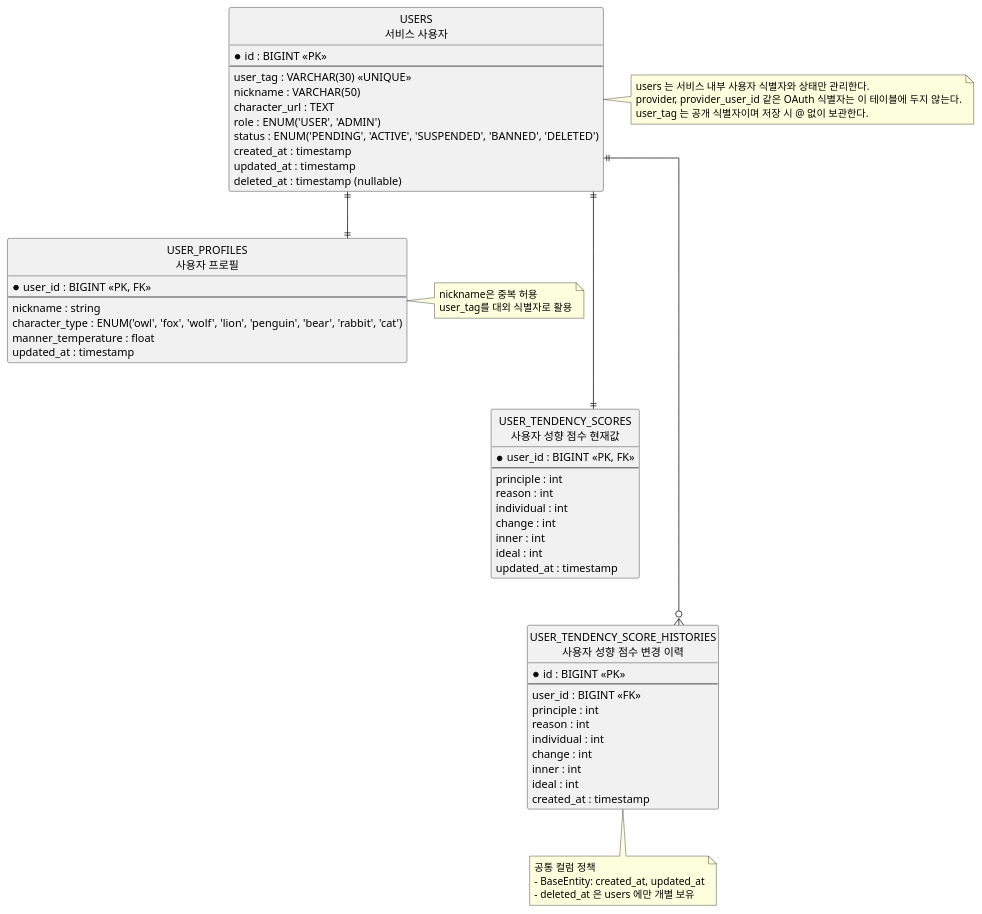
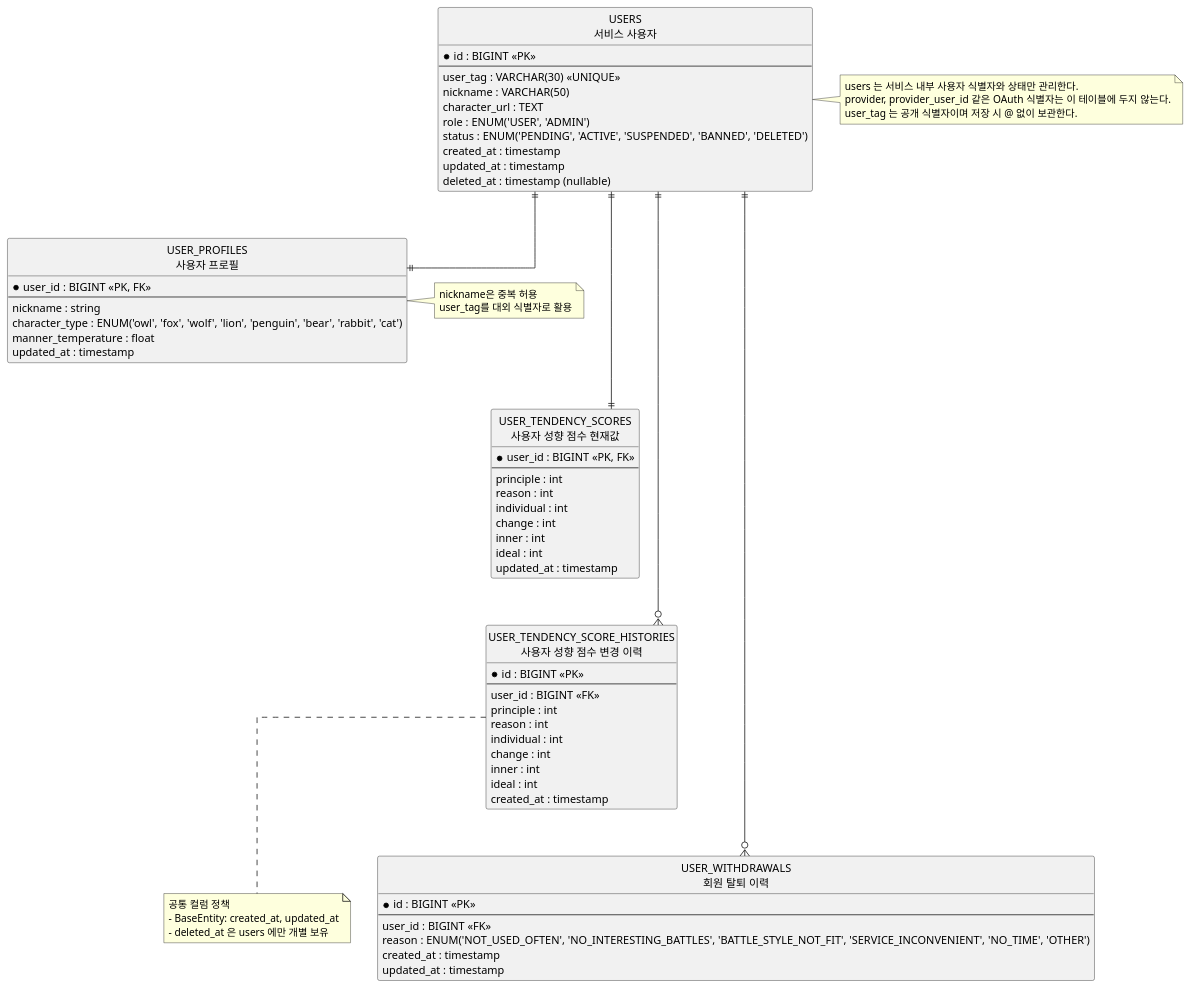
Before and after one commit to SWYP-Find/Server: the diagram in docs/erd/user.puml, drawn with PlantUML. The commit also changed 8 other files, not shown here.

```diff
--- a/docs/erd/user.puml
+++ b/docs/erd/user.puml
@@ -1,78 +1,89 @@
 @startuml
 hide circle
 hide methods
 skinparam linetype ortho
 
 entity "USERS\n서비스 사용자" as users {
   * id : BIGINT <<PK>>
   --
   user_tag : VARCHAR(30) <<UNIQUE>>
   nickname : VARCHAR(50)
   character_url : TEXT
   role : ENUM('USER', 'ADMIN')
   status : ENUM('PENDING', 'ACTIVE', 'SUSPENDED', 'BANNED', 'DELETED')
   created_at : timestamp
   updated_at : timestamp
   deleted_at : timestamp (nullable)
 }
 
 entity "USER_PROFILES\n사용자 프로필" as user_profiles {
   * user_id : BIGINT <<PK, FK>>
   --
   nickname : string
   character_type : ENUM('owl', 'fox', 'wolf', 'lion', 'penguin', 'bear', 'rabbit', 'cat')
   manner_temperature : float
   updated_at : timestamp
 }
 
 entity "USER_TENDENCY_SCORES\n사용자 성향 점수 현재값" as user_tendency_scores {
   * user_id : BIGINT <<PK, FK>>
   --
   principle : int
   reason : int
   individual : int
   change : int
   inner : int
   ideal : int
   updated_at : timestamp
 }
 
 entity "USER_TENDENCY_SCORE_HISTORIES\n사용자 성향 점수 변경 이력" as user_tendency_score_histories {
   * id : BIGINT <<PK>>
   --
   user_id : BIGINT <<FK>>
   principle : int
   reason : int
   individual : int
   change : int
   inner : int
   ideal : int
   created_at : timestamp
 }
 
+entity "USER_WITHDRAWALS\n회원 탈퇴 이력" as user_withdrawals {
+  * id : BIGINT <<PK>>
+  --
+  user_id : BIGINT <<FK>>
+  reason : ENUM('NOT_USED_OFTEN', 'NO_INTERESTING_BATTLES', 'BATTLE_STYLE_NOT_FIT', 'SERVICE_INCONVENIENT', 'NO_TIME', 'OTHER')
+  created_at : timestamp
+  updated_at : timestamp
+}
+
 users -[hidden]down- user_profiles
 user_profiles -[hidden]down- user_tendency_scores
 user_tendency_scores -[hidden]down- user_tendency_score_histories
+user_tendency_score_histories -[hidden]down- user_withdrawals
 
 users ||--|| user_profiles
 users ||--|| user_tendency_scores
 users ||--o{ user_tendency_score_histories
+users ||--o{ user_withdrawals
 
 note right of users
   users 는 서비스 내부 사용자 식별자와 상태만 관리한다.
   provider, provider_user_id 같은 OAuth 식별자는 이 테이블에 두지 않는다.
   user_tag 는 공개 식별자이며 저장 시 @ 없이 보관한다.
 end note
 
 note right of user_profiles
   nickname은 중복 허용
   user_tag를 대외 식별자로 활용
 end note
 
 note bottom of user_tendency_score_histories
   공통 컬럼 정책
   - BaseEntity: created_at, updated_at
   - deleted_at 은 users 에만 개별 보유
 end note
 
 @enduml
```
